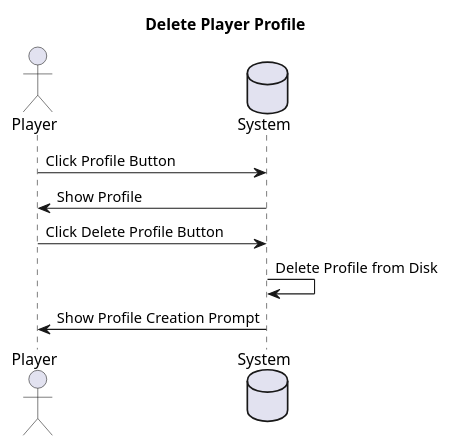
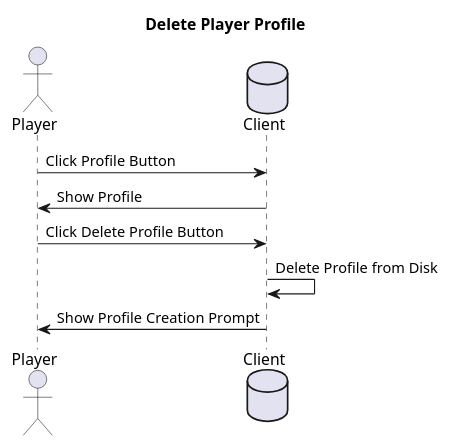
One commit to TINF21CS1/TicTacToeKojote changed the diagram in docs/sequence_diagrams/delete_profile.puml. Above: the diagram before and after it, drawn with PlantUML. The commit also changed 8 other files, not shown here.

Commit message:
Docs(sequence_diagrams): Renamed Server to Client to fit language in other docs

```diff
--- a/docs/sequence_diagrams/delete_profile.puml
+++ b/docs/sequence_diagrams/delete_profile.puml
@@ -1,13 +1,13 @@
 @startuml
 title Delete Player Profile
 
 actor Player
-database System
+database Client
 
-Player->System: Click Profile Button
-System->Player: Show Profile
-Player->System: Click Delete Profile Button
-System->System: Delete Profile from Disk
-System->Player: Show Profile Creation Prompt
+Player->Client: Click Profile Button
+Client->Player: Show Profile
+Player->Client: Click Delete Profile Button
+Client->Client: Delete Profile from Disk
+Client->Player: Show Profile Creation Prompt
 
 @enduml
```
